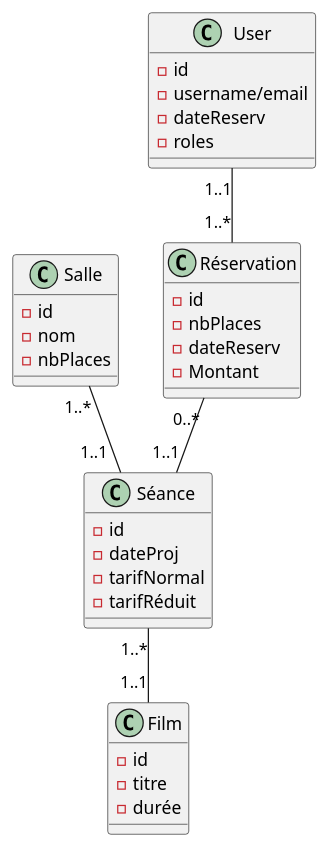
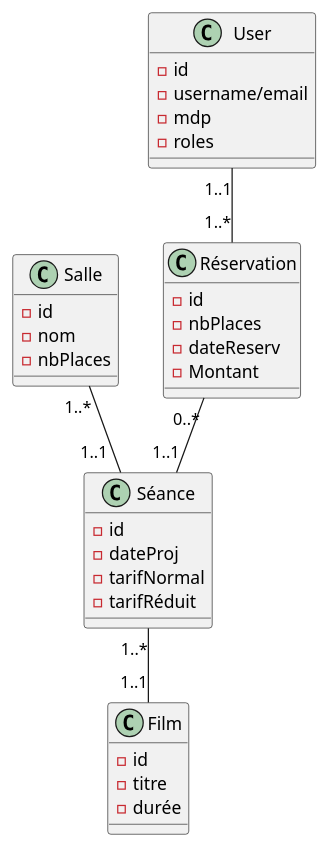
The diagram in documentation/diagramme_de_classe.puml (alexandregascon/api-cinema), drawn with PlantUML before and after one commit. The commit also changed 10 other files, not shown here.

```diff
--- a/documentation/diagramme_de_classe.puml
+++ b/documentation/diagramme_de_classe.puml
@@ -1,42 +1,42 @@
 @startuml
 'https://plantuml.com/class-diagram
 
 class Salle {
 - id
 - nom
 - nbPlaces
 }
 
 class Séance {
 - id
 - dateProj
 - tarifNormal
 - tarifRéduit
 }
 
 class Film {
 - id
 - titre
 - durée
 }
 
 class User {
 - id
 - username/email
-- dateReserv
+- mdp
 - roles
 }
 
 class Réservation {
 - id
 - nbPlaces
 - dateReserv
 - Montant
 }
 
 User "1..1"--"1..*" Réservation
 Salle "1..*"--"1..1  " Séance
 Réservation "0..*"--"1..1" Séance
 Séance "1..*"--"1..1" Film
 
 @enduml
```
